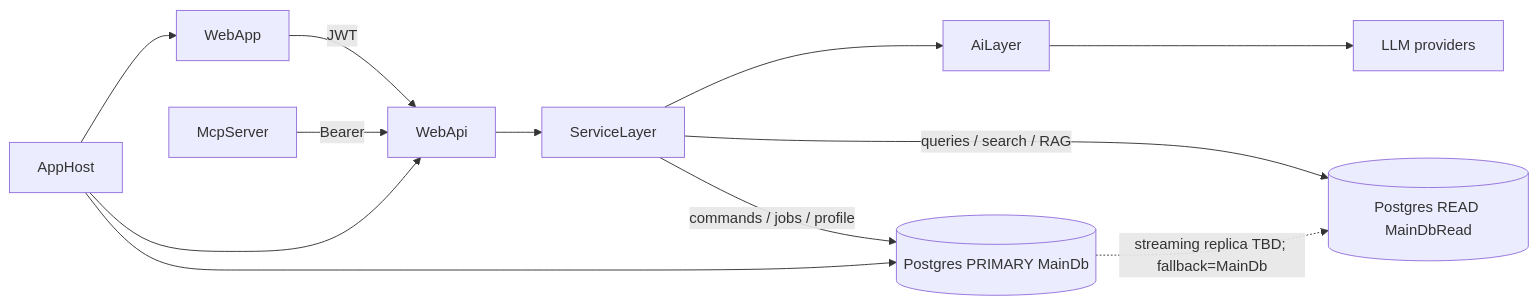
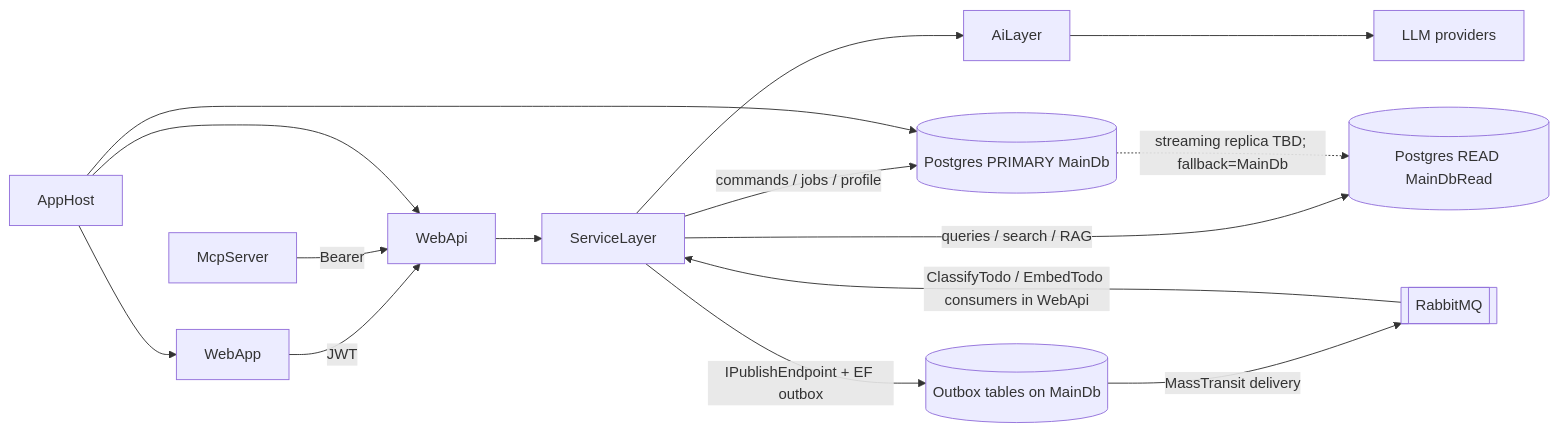
The diagram in SOLUTION_OVERVIEW.md (mianfarrukhhameed/dotnet-ai-task-manager), drawn with Mermaid before and after one commit. The commit also changed other lines of this file and 33 other files, not shown here.

First line of the commit message:
feat(messaging): Phase 2 MassTransit outbox, RabbitMQ, and todo contracts

````diff
--- a/SOLUTION_OVERVIEW.md
+++ b/SOLUTION_OVERVIEW.md
@@ -43,14 +43,17 @@
 ```mermaid
 flowchart LR
   UI[WebApp] -->|JWT| API[WebApi]
   API --> SL[ServiceLayer]
   SL --> AI[AiLayer]
   SL -->|commands / jobs / profile| WriteDb[(Postgres PRIMARY MainDb)]
   SL -->|queries / search / RAG| ReadDb[(Postgres READ MainDbRead)]
   WriteDb -.->|streaming replica TBD; fallback=MainDb| ReadDb
+  SL -->|IPublishEndpoint + EF outbox| Outbox[(Outbox tables on MainDb)]
+  Outbox -->|MassTransit delivery| RMQ[[RabbitMQ]]
+  RMQ -->|ClassifyTodo / EmbedTodo consumers in WebApi| SL
   AI --> LLM[LLM providers]
   MCP[McpServer] -->|Bearer| API
   Aspire[AppHost] --> API
   Aspire --> UI
   Aspire --> WriteDb
 ```
````
